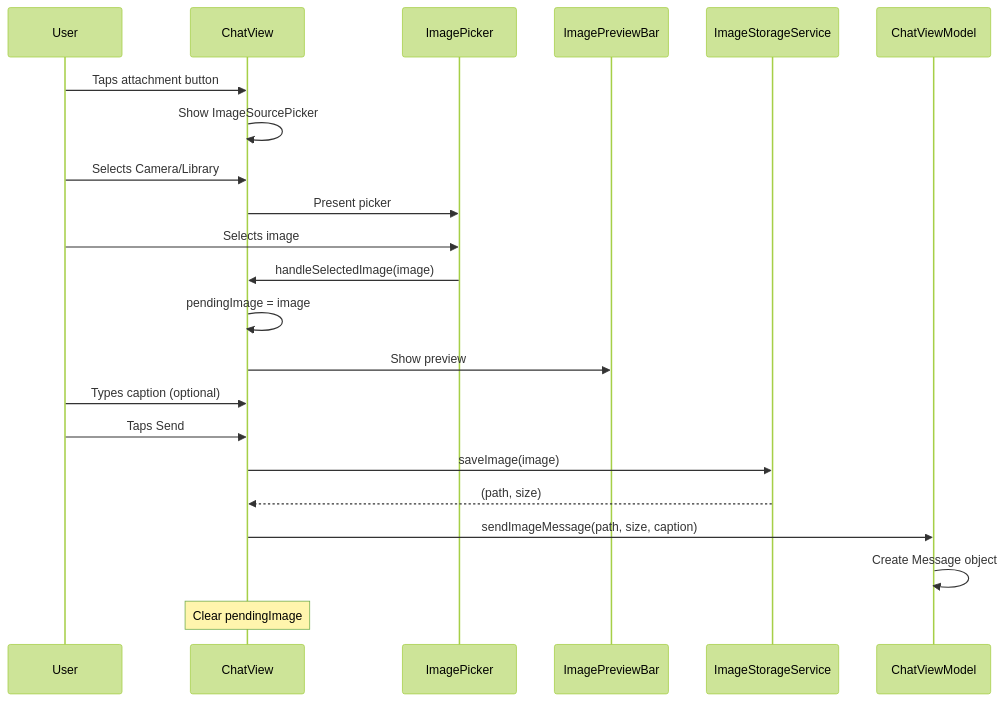
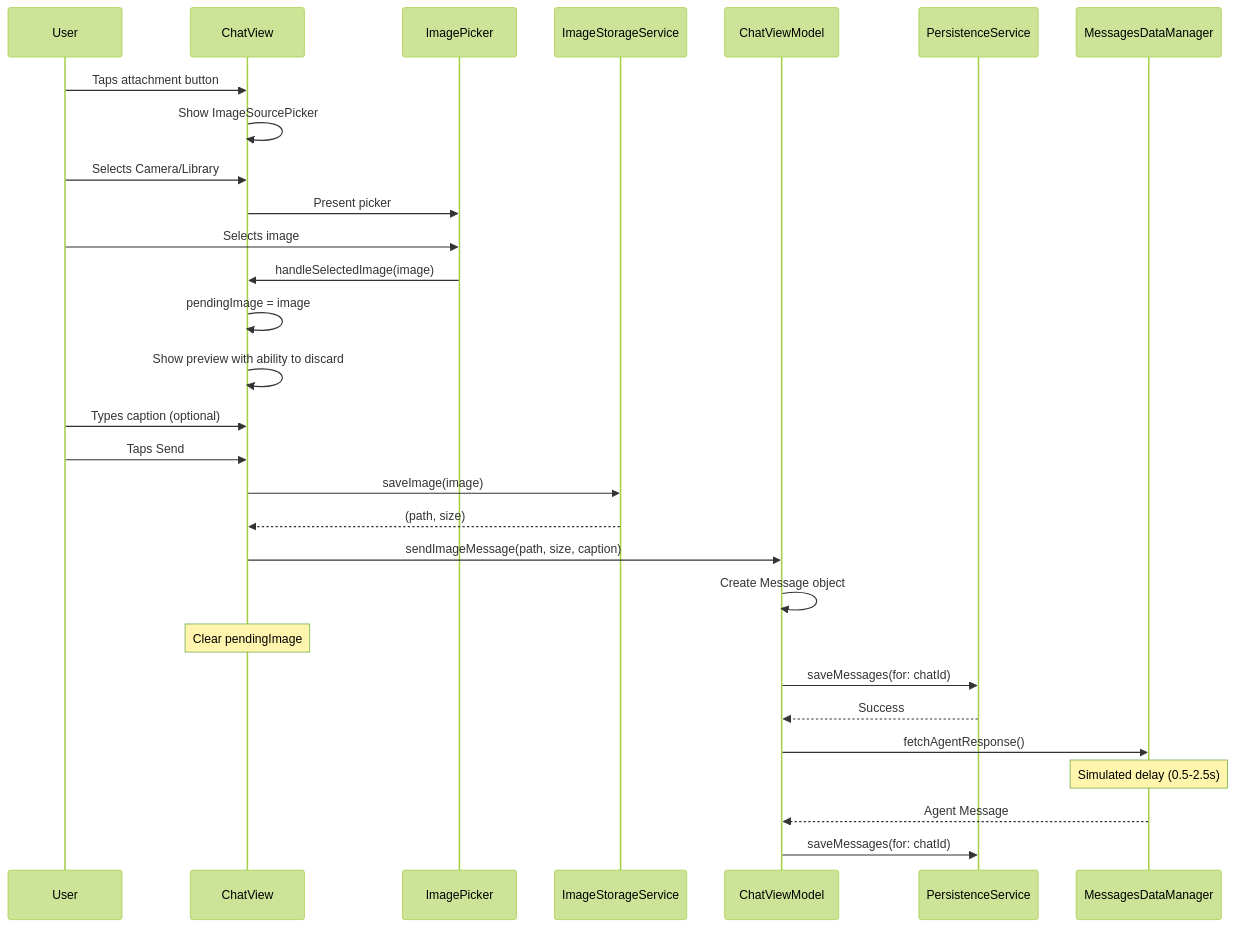
The third of 4 diagrams in README.md (yash22arora/crew-message-viewer), drawn with Mermaid (forest theme) before and after one commit. The commit also changed other lines of this file, not shown here.

Commit message:
Add Architecture diagram to README.md

````diff
--- a/README.md
+++ b/README.md
@@ -137,25 +209,32 @@
 ```mermaid
 sequenceDiagram
     participant User
     participant ChatView
     participant ImagePicker
-    participant ImagePreviewBar
     participant ImageStorageService
     participant ChatViewModel
+    participant PersistenceService
+    participant MessagesDataManager
 
     User->>ChatView: Taps attachment button
     ChatView->>ChatView: Show ImageSourcePicker
     User->>ChatView: Selects Camera/Library
     ChatView->>ImagePicker: Present picker
     User->>ImagePicker: Selects image
     ImagePicker->>ChatView: handleSelectedImage(image)
     ChatView->>ChatView: pendingImage = image
-    ChatView->>ImagePreviewBar: Show preview
+    ChatView->>ChatView: Show preview with ability to discard
     User->>ChatView: Types caption (optional)
     User->>ChatView: Taps Send
     ChatView->>ImageStorageService: saveImage(image)
     ImageStorageService-->>ChatView: (path, size)
     ChatView->>ChatViewModel: sendImageMessage(path, size, caption)
     ChatViewModel->>ChatViewModel: Create Message object
     Note over ChatView: Clear pendingImage
+    ChatViewModel->>PersistenceService: saveMessages(for: chatId)
+    PersistenceService-->>ChatViewModel: Success
+    ChatViewModel->>MessagesDataManager: fetchAgentResponse()
+    Note over MessagesDataManager: Simulated delay (0.5-2.5s)
+    MessagesDataManager-->>ChatViewModel: Agent Message
+    ChatViewModel->>PersistenceService: saveMessages(for: chatId)
 ```
````
